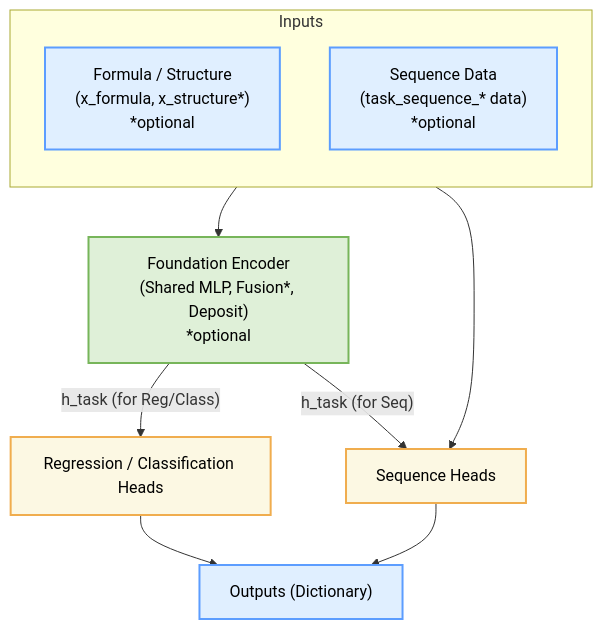
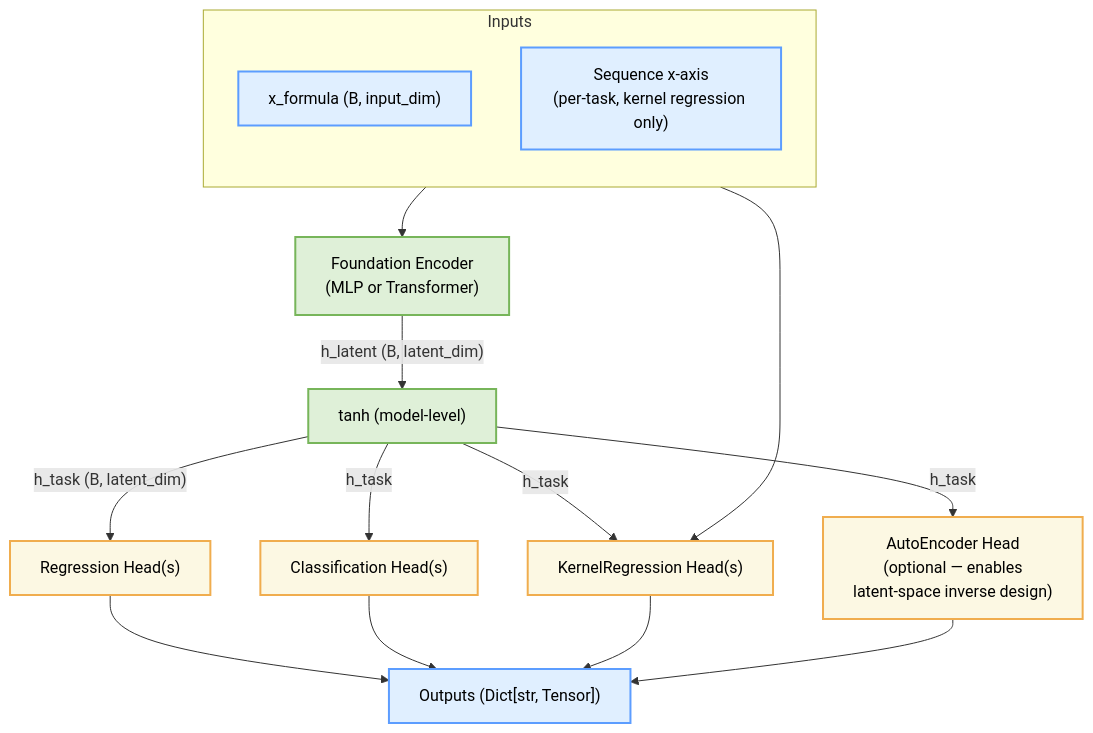
The diagram in README.md (TsumiNa/foundation_model), drawn with Mermaid before and after one commit. The commit also changed other lines of this file and 34 other files, not shown here.

First line of the commit message:
Inverse design — paper-grade comparison + plot pass + per-element constraints (#18)

````diff
--- a/README.md
+++ b/README.md
@@ -18,35 +22,40 @@
 ```mermaid
 graph TD
-    %% ---------- Inputs (同一级) ----------
+    %% ---------- Inputs ----------
     subgraph InputsLayer["Inputs"]
         direction TB
-        GeneralInputs["Formula / Structure<br/>(x_formula, x_structure*)<br/>*optional"]
-        SequenceDataInputs["Sequence Data<br/>(task_sequence_* data)<br/>*optional"]
+        X["x_formula (B, input_dim)"]
+        T["Sequence x-axis<br/>(per-task, kernel regression only)"]
     end
 
     %% ---------- Foundation encoder ----------
-    FE["Foundation Encoder<br/>(Shared MLP, Fusion*, Deposit)<br/>*optional"]
+    FE["Foundation Encoder<br/>(MLP or Transformer)"]
+    TANH["tanh (model-level)"]
 
     %% ---------- Task heads ----------
-    NonSeqHeads["Regression / Classification Heads"]
-    SeqHeads["Sequence Heads"]
+    REG["Regression Head(s)"]
+    CLF["Classification Head(s)"]
+    KR["KernelRegression Head(s)"]
+    AE["AutoEncoder Head<br/>(optional — enables<br/>latent-space inverse design)"]
 
     %% ---------- Edges ----------
-    GeneralInputs --> FE
-    FE -- "h_task (for Reg/Class)" --> NonSeqHeads
-    FE -- "h_task (for Seq)" --> SeqHeads
-    SequenceDataInputs --> SeqHeads
-    NonSeqHeads --> Outputs["Outputs (Dictionary)"]
-    SeqHeads --> Outputs
+    X --> FE -- "h_latent (B, latent_dim)" --> TANH
+    TANH -- "h_task (B, latent_dim)" --> REG
+    TANH -- "h_task" --> CLF
+    TANH -- "h_task" --> KR
+    T --> KR
+    TANH -- "h_task" --> AE
+    REG --> O["Outputs (Dict[str, Tensor])"]
+    CLF --> O
+    KR --> O
+    AE --> O
 
     %% ---------- Styles ----------
     classDef io    fill:#E0EFFF,stroke:#5C9DFF,stroke-width:2px,color:#000;
     classDef main  fill:#DFF0D8,stroke:#77B55A,stroke-width:2px,color:#000;
     classDef heads fill:#FCF8E3,stroke:#F0AD4E,stroke-width:2px,color:#000;
-
-    %% ---------- Class assignments ----------
-    class GeneralInputs,SequenceDataInputs io
-    class FE main
-    class NonSeqHeads,SeqHeads heads
-    class Outputs io
+    class X,T io
+    class FE,TANH main
+    class REG,CLF,KR,AE heads
+    class O io
 ```
````
